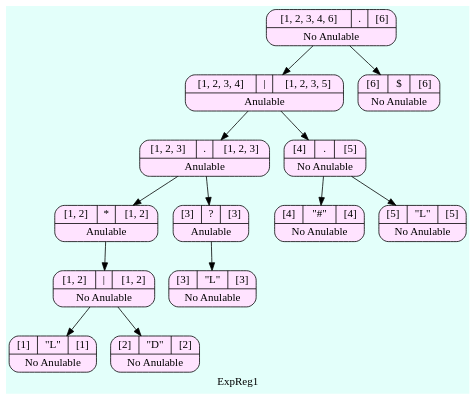
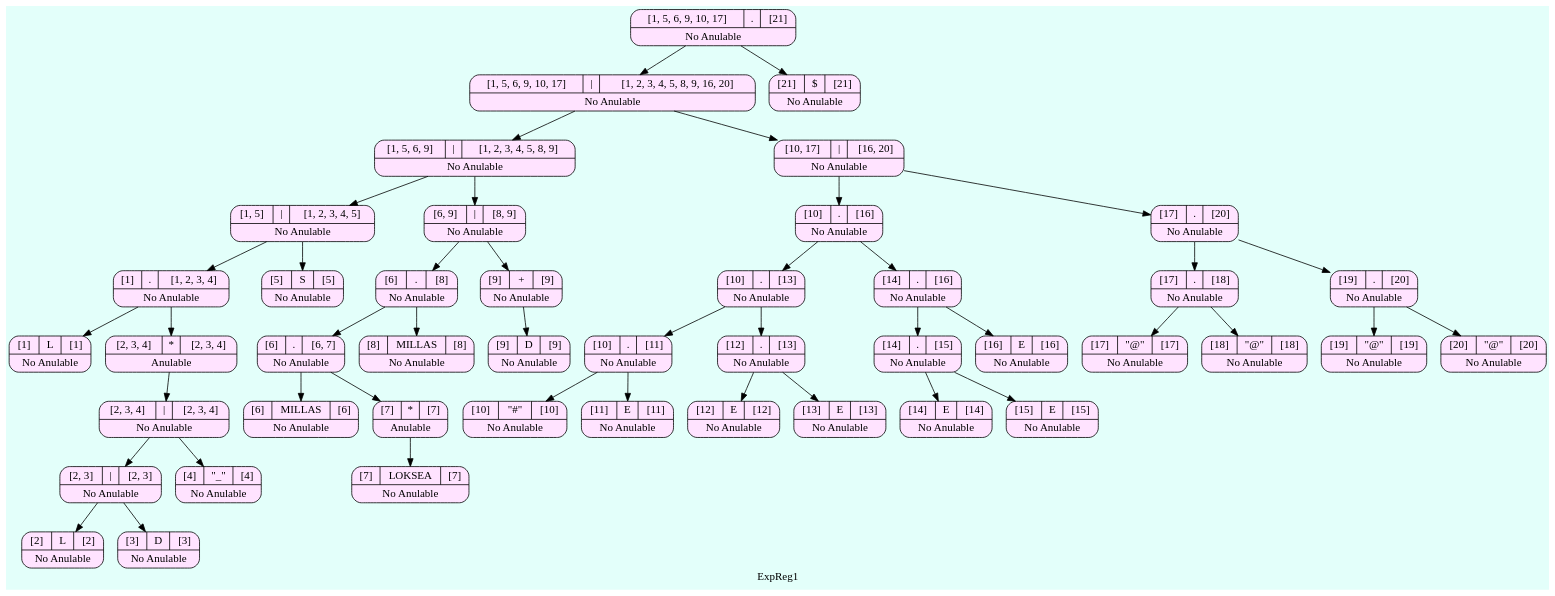
Before and after one commit to SergieArizandieta/OLC1-P1-202000119: the diagram in ARBOLES_202000119/Arbol_ExpReg1.dot, drawn with Graphviz. The commit also changed 13 other files, not shown here.

```diff
--- a/ARBOLES_202000119/Arbol_ExpReg1.dot
+++ b/ARBOLES_202000119/Arbol_ExpReg1.dot
@@ -1,31 +1,93 @@
 digraph structs {
   bgcolor = "#E3FFFA"
    node [shape=Mrecord fillcolor="#FFE3FF" style =filled];
 label ="ExpReg1"
-    struct902975113    [label="{{[1, 2, 3, 4, 6]|<here>.|[6]}|No Anulable}"];
-    struct902975113-> struct240742067
-    struct240742067    [label="{{[1, 2, 3, 4]|<here>\||[1, 2, 3, 5]}|Anulable}"];
-    struct240742067-> struct951041155
-    struct951041155    [label="{{[1, 2, 3]|<here>.|[1, 2, 3]}|Anulable}"];
-    struct951041155-> struct204829304
-    struct204829304    [label="{{[1, 2]|<here>*|[1, 2]}|Anulable}"];
-    struct204829304-> struct724882289
-    struct724882289    [label="{{[1, 2]|<here>\||[1, 2]}|No Anulable}"];
-    struct724882289-> struct1851595858
-    struct1851595858    [label="{{[1]|<here>\"L\"|[1]}|No Anulable}"];
-    struct724882289-> struct735309502
-    struct735309502    [label="{{[2]|<here>\"D\"|[2]}|No Anulable}"];
-    struct951041155-> struct215154446
-    struct215154446    [label="{{[3]|<here>?|[3]}|Anulable}"];
-    struct215154446-> struct24124094
-    struct24124094    [label="{{[3]|<here>\"L\"|[3]}|No Anulable}"];
-    struct240742067-> struct130627918
-    struct130627918    [label="{{[4]|<here>.|[5]}|No Anulable}"];
-    struct130627918-> struct870027543
-    struct870027543    [label="{{[4]|<here>\"#\"|[4]}|No Anulable}"];
-    struct130627918-> struct686437101
-    struct686437101    [label="{{[5]|<here>\"L\"|[5]}|No Anulable}"];
-    struct902975113-> struct693008548
-    struct693008548    [label="{{[6]|<here>$|[6]}|No Anulable}"];
+    struct1851228328    [label="{{[1, 5, 6, 9, 10, 17]|<here>.|[21]}|No Anulable}"];
+    struct1851228328-> struct712178623
+    struct712178623    [label="{{[1, 5, 6, 9, 10, 17]|<here>\||[1, 2, 3, 4, 5, 8, 9, 16, 20]}|No Anulable}"];
+    struct712178623-> struct491369239
+    struct491369239    [label="{{[1, 5, 6, 9]|<here>\||[1, 2, 3, 4, 5, 8, 9]}|No Anulable}"];
+    struct491369239-> struct605734168
+    struct605734168    [label="{{[1, 5]|<here>\||[1, 2, 3, 4, 5]}|No Anulable}"];
+    struct605734168-> struct1981436915
+    struct1981436915    [label="{{[1]|<here>.|[1, 2, 3, 4]}|No Anulable}"];
+    struct1981436915-> struct1258877324
+    struct1258877324    [label="{{[1]|<here>L|[1]}|No Anulable}"];
+    struct1981436915-> struct453587697
+    struct453587697    [label="{{[2, 3, 4]|<here>*|[2, 3, 4]}|Anulable}"];
+    struct453587697-> struct1774782093
+    struct1774782093    [label="{{[2, 3, 4]|<here>\||[2, 3, 4]}|No Anulable}"];
+    struct1774782093-> struct1307071884
+    struct1307071884    [label="{{[2, 3]|<here>\||[2, 3]}|No Anulable}"];
+    struct1307071884-> struct1105217836
+    struct1105217836    [label="{{[2]|<here>L|[2]}|No Anulable}"];
+    struct1307071884-> struct321680731
+    struct321680731    [label="{{[3]|<here>D|[3]}|No Anulable}"];
+    struct1774782093-> struct846263517
+    struct846263517    [label="{{[4]|<here>\"_\"|[4]}|No Anulable}"];
+    struct605734168-> struct1027310378
+    struct1027310378    [label="{{[5]|<here>S|[5]}|No Anulable}"];
+    struct491369239-> struct2119238792
+    struct2119238792    [label="{{[6, 9]|<here>\||[8, 9]}|No Anulable}"];
+    struct2119238792-> struct237449396
+    struct237449396    [label="{{[6]|<here>.|[8]}|No Anulable}"];
+    struct237449396-> struct994376625
+    struct994376625    [label="{{[6]|<here>.|[6, 7]}|No Anulable}"];
+    struct994376625-> struct1518804256
+    struct1518804256    [label="{{[6]|<here>MILLAS|[6]}|No Anulable}"];
+    struct994376625-> struct746858428
+    struct746858428    [label="{{[7]|<here>*|[7]}|Anulable}"];
+    struct746858428-> struct454103048
+    struct454103048    [label="{{[7]|<here>LOKSEA|[7]}|No Anulable}"];
+    struct237449396-> struct118815144
+    struct118815144    [label="{{[8]|<here>MILLAS|[8]}|No Anulable}"];
+    struct2119238792-> struct1696111223
+    struct1696111223    [label="{{[9]|<here>+|[9]}|No Anulable}"];
+    struct1696111223-> struct1756166319
+    struct1756166319    [label="{{[9]|<here>D|[9]}|No Anulable}"];
+    struct712178623-> struct2075010274
+    struct2075010274    [label="{{[10, 17]|<here>\||[16, 20]}|No Anulable}"];
+    struct2075010274-> struct1532447622
+    struct1532447622    [label="{{[10]|<here>.|[16]}|No Anulable}"];
+    struct1532447622-> struct2059250105
+    struct2059250105    [label="{{[10]|<here>.|[13]}|No Anulable}"];
+    struct2059250105-> struct1968918465
+    struct1968918465    [label="{{[10]|<here>.|[11]}|No Anulable}"];
+    struct1968918465-> struct2144922812
+    struct2144922812    [label="{{[10]|<here>\"#\"|[10]}|No Anulable}"];
+    struct1968918465-> struct506627002
+    struct506627002    [label="{{[11]|<here>E|[11]}|No Anulable}"];
+    struct2059250105-> struct156570020
+    struct156570020    [label="{{[12]|<here>.|[13]}|No Anulable}"];
+    struct156570020-> struct643785224
+    struct643785224    [label="{{[12]|<here>E|[12]}|No Anulable}"];
+    struct156570020-> struct517654387
+    struct517654387    [label="{{[13]|<here>E|[13]}|No Anulable}"];
+    struct1532447622-> struct343910465
+    struct343910465    [label="{{[14]|<here>.|[16]}|No Anulable}"];
+    struct343910465-> struct897991515
+    struct897991515    [label="{{[14]|<here>.|[15]}|No Anulable}"];
+    struct897991515-> struct1754540225
+    struct1754540225    [label="{{[14]|<here>E|[14]}|No Anulable}"];
+    struct897991515-> struct540908543
+    struct540908543    [label="{{[15]|<here>E|[15]}|No Anulable}"];
+    struct343910465-> struct1240007193
+    struct1240007193    [label="{{[16]|<here>E|[16]}|No Anulable}"];
+    struct2075010274-> struct1316101348
+    struct1316101348    [label="{{[17]|<here>.|[20]}|No Anulable}"];
+    struct1316101348-> struct124385227
+    struct124385227    [label="{{[17]|<here>.|[18]}|No Anulable}"];
+    struct124385227-> struct1262974650
+    struct1262974650    [label="{{[17]|<here>\"@\"|[17]}|No Anulable}"];
+    struct124385227-> struct1245666305
+    struct1245666305    [label="{{[18]|<here>\"@\"|[18]}|No Anulable}"];
+    struct1316101348-> struct351599774
+    struct351599774    [label="{{[19]|<here>.|[20]}|No Anulable}"];
+    struct351599774-> struct1550550628
+    struct1550550628    [label="{{[19]|<here>\"@\"|[19]}|No Anulable}"];
+    struct351599774-> struct745134581
+    struct745134581    [label="{{[20]|<here>\"@\"|[20]}|No Anulable}"];
+    struct1851228328-> struct470173485
+    struct470173485    [label="{{[21]|<here>$|[21]}|No Anulable}"];
 
 }
```
